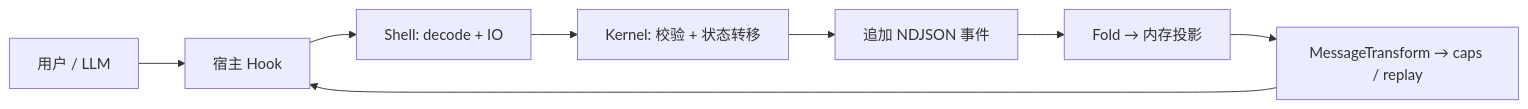
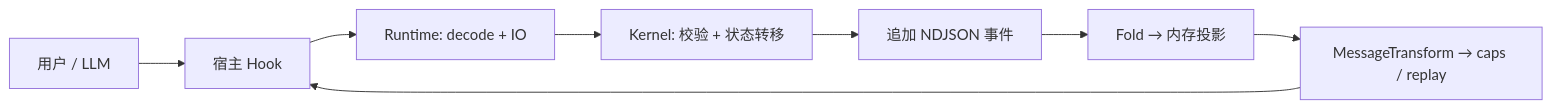
One commit to PamelaSprin47685ghall/vibe-fs changed the diagram in docs/01-overview.md. Above: the diagram before and after it, drawn with Mermaid. The commit also changed other lines of this file and 25 other files, not shown here.

````diff
--- a/docs/01-overview.md
+++ b/docs/01-overview.md
@@ -48,10 +47,10 @@
 ```mermaid
 flowchart LR
   U[用户 / LLM] --> H[宿主 Hook]
-  H --> S[Shell: decode + IO]
+  H --> S[Runtime: decode + IO]
   S --> K[Kernel: 校验 + 状态转移]
   K --> E[追加 NDJSON 事件]
   E --> P[Fold → 内存投影]
   P --> T[MessageTransform → caps / replay]
   T --> H
 ```
````
